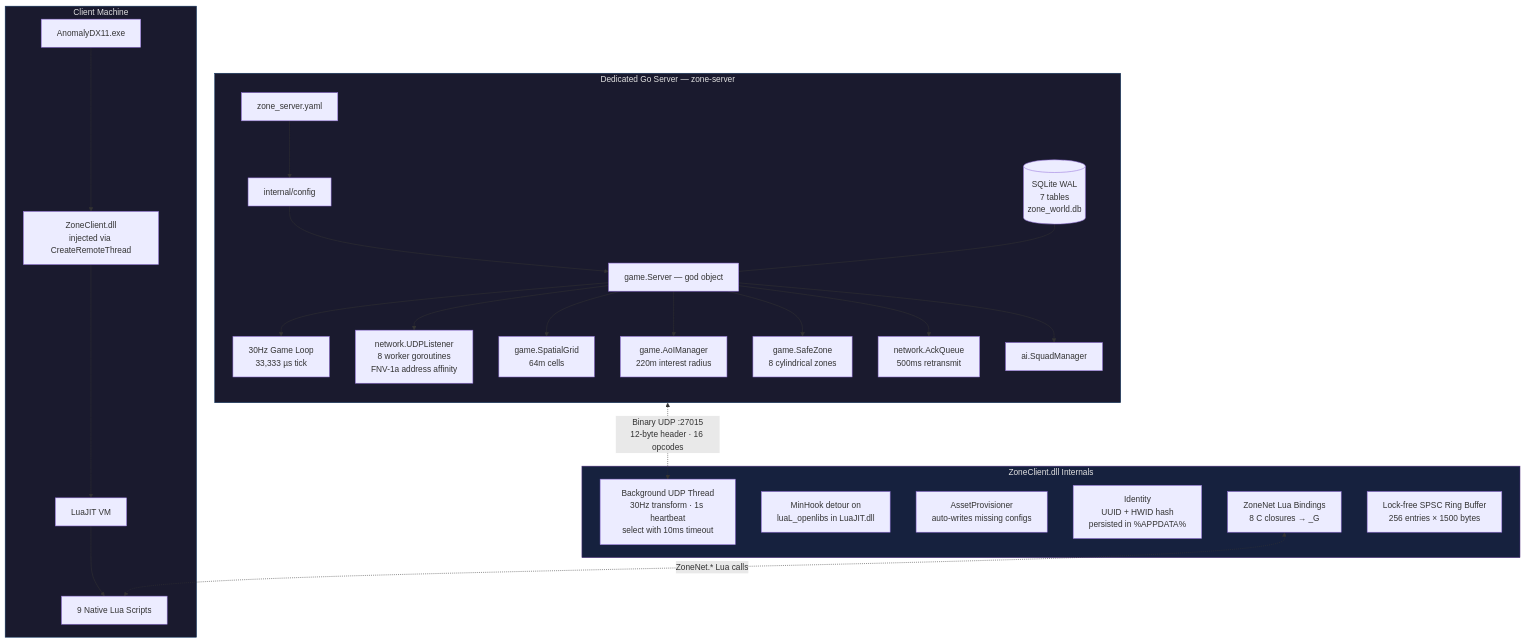
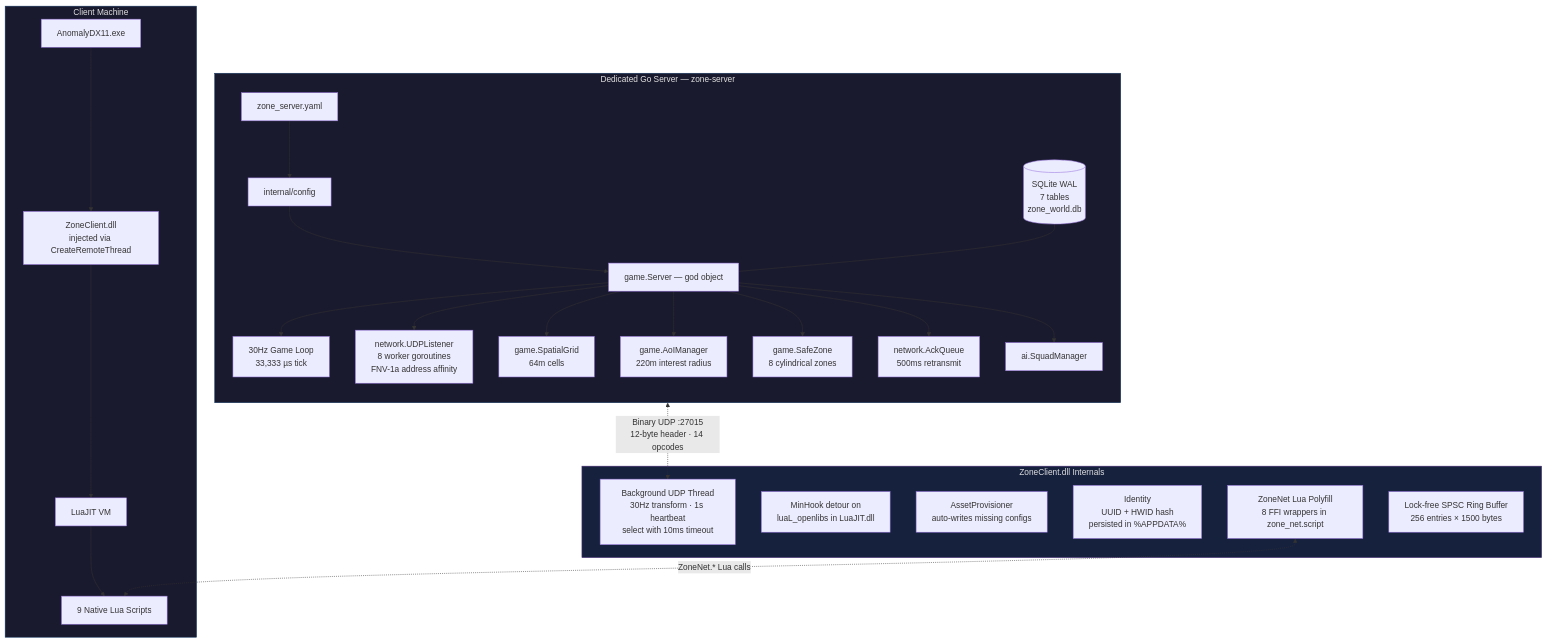
One commit to AnarchadiaMC/Zone changed the first of 3 diagrams in README.md. Above: the diagram before and after it, drawn with Mermaid. The commit also changed other lines of this file, not shown here.

````diff
--- a/README.md
+++ b/README.md
@@ -14,38 +14,38 @@
 ```mermaid
 graph TB
     subgraph Server["Dedicated Go Server — zone-server"]
         direction TB
         YAML["zone_server.yaml"] --> CFG["internal/config"]
         CFG --> SRV["game.Server — god object"]
         SRV --> TICK["30Hz Game Loop<br/>33,333 µs tick"]
         SRV --> UDP["network.UDPListener<br/>8 worker goroutines<br/>FNV-1a address affinity"]
         SRV --> SPATIAL["game.SpatialGrid<br/>64m cells"]
         SRV --> AOI["game.AoIManager<br/>220m interest radius"]
         SRV --> SZ["game.SafeZone<br/>8 cylindrical zones"]
         SRV --> ACK["network.AckQueue<br/>500ms retransmit"]
         SRV --> AI["ai.SquadManager"]
         DB[("SQLite WAL<br/>7 tables<br/>zone_world.db")] --- SRV
     end
 
     subgraph Client["Client Machine"]
         EXE["AnomalyDX11.exe"] --> DLL["ZoneClient.dll<br/>injected via CreateRemoteThread"]
         DLL --> LUA["LuaJIT VM"]
         LUA --> SCRIPTS["9 Native Lua Scripts"]
     end
 
     subgraph DLLInternals["ZoneClient.dll Internals"]
         NET["Background UDP Thread<br/>30Hz transform · 1s heartbeat<br/>select with 10ms timeout"]
         HOOK["MinHook detour on<br/>luaL_openlibs in LuaJIT.dll"]
         PROV["AssetProvisioner<br/>auto-writes missing configs"]
         ID["Identity<br/>UUID + HWID hash<br/>persisted in %APPDATA%"]
-        BIND["ZoneNet Lua Bindings<br/>8 C closures → _G"]
+        BIND["ZoneNet Lua Polyfill<br/>8 FFI wrappers in zone_net.script"]
         RING["Lock-free SPSC Ring Buffer<br/>256 entries × 1500 bytes"]
     end
 
-    UDP <-.->|"Binary UDP :27015<br/>12-byte header · 16 opcodes"| NET
+    UDP <-.->|"Binary UDP :27015<br/>12-byte header · 14 opcodes"| NET
     BIND <-.->|"ZoneNet.* Lua calls"| SCRIPTS
 
     style Server fill:#1a1a2e,stroke:#0f3460,color:#e0e0e0
     style Client fill:#1a1a2e,stroke:#0f3460,color:#e0e0e0
     style DLLInternals fill:#16213e,stroke:#533483,color:#e0e0e0
 ```
````
